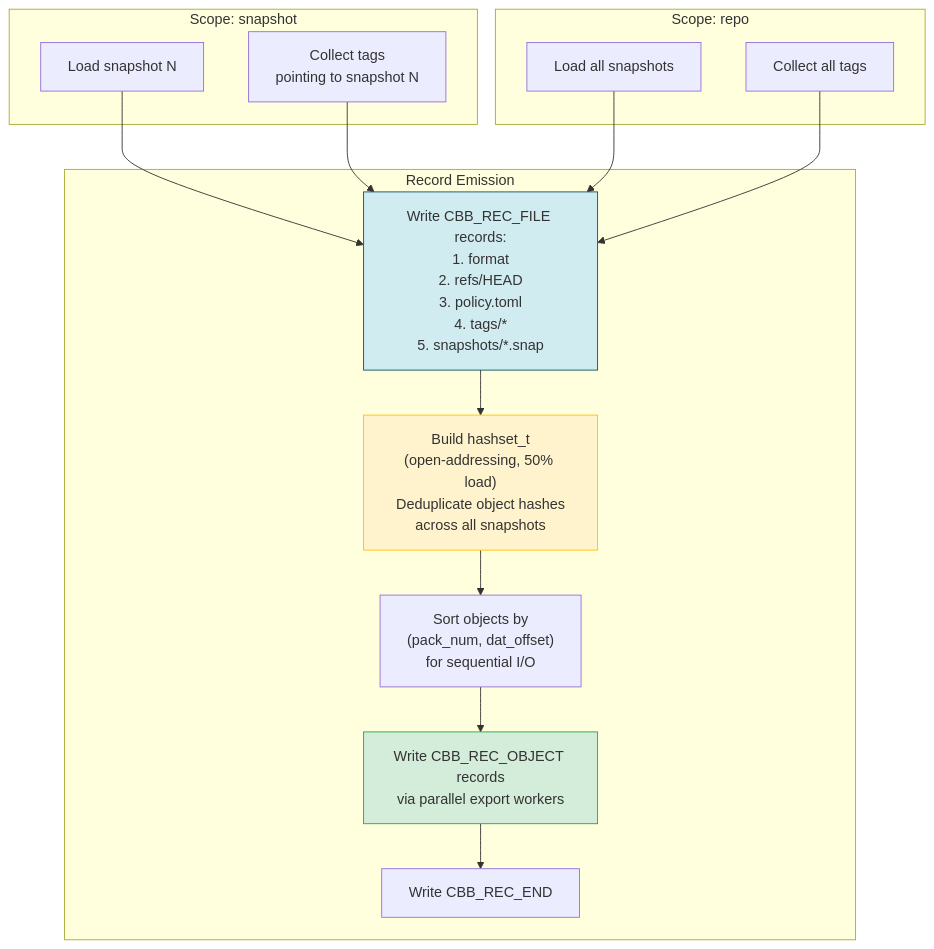
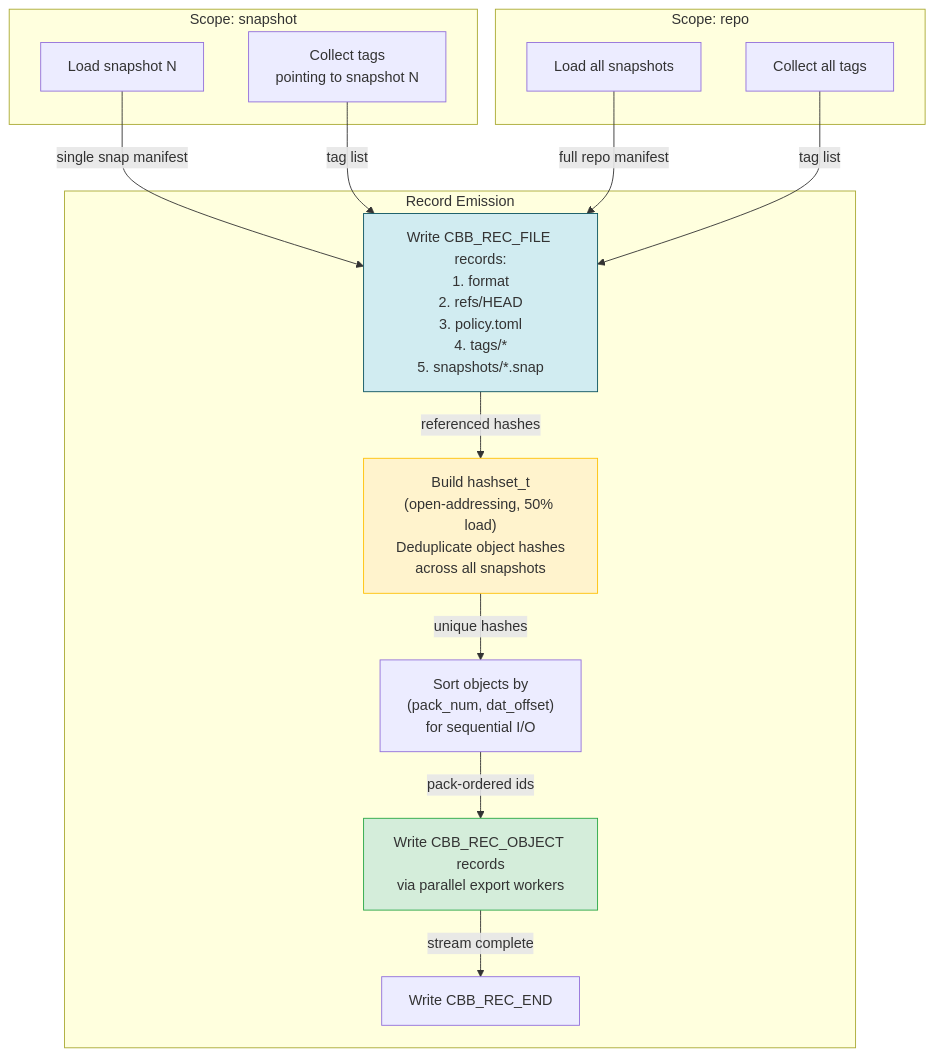
One commit to vifair22/c-backup changed the first of 2 diagrams in diagrams/11-bundle-export-import.md. Above: the diagram before and after it, drawn with Mermaid. The commit also changed other lines of this file and 11 other files, not shown here.

````diff
--- a/diagrams/11-bundle-export-import.md
+++ b/diagrams/11-bundle-export-import.md
@@ -7,30 +7,30 @@
 ```mermaid
 flowchart TD
     subgraph "Scope: snapshot"
         LOAD_SNAP["Load snapshot N"]
         COLLECT_TAGS["Collect tags<br/>pointing to snapshot N"]
     end
 
     subgraph "Scope: repo"
         LOAD_ALL["Load all snapshots"]
         COLLECT_ALL_TAGS["Collect all tags"]
     end
 
     subgraph "Record Emission"
         FILES["Write CBB_REC_FILE records:<br/>1. format<br/>2. refs/HEAD<br/>3. policy.toml<br/>4. tags/*<br/>5. snapshots/*.snap"]
         DEDUP["Build hashset_t<br/>(open-addressing, 50% load)<br/>Deduplicate object hashes<br/>across all snapshots"]
         SORT_OBJ["Sort objects by<br/>(pack_num, dat_offset)<br/>for sequential I/O"]
         OBJECTS["Write CBB_REC_OBJECT records<br/>via parallel export workers"]
         END_REC["Write CBB_REC_END"]
     end
 
-    LOAD_SNAP --> FILES
-    LOAD_ALL --> FILES
-    COLLECT_TAGS --> FILES
-    COLLECT_ALL_TAGS --> FILES
-    FILES --> DEDUP --> SORT_OBJ --> OBJECTS --> END_REC
+    LOAD_SNAP -->|single snap manifest| FILES
+    LOAD_ALL -->|full repo manifest| FILES
+    COLLECT_TAGS -->|tag list| FILES
+    COLLECT_ALL_TAGS -->|tag list| FILES
+    FILES -->|referenced hashes| DEDUP -->|unique hashes| SORT_OBJ -->|pack-ordered ids| OBJECTS -->|stream complete| END_REC
 
     style FILES fill:#d1ecf1,stroke:#0c5460
     style DEDUP fill:#fff3cd,stroke:#ffc107
     style OBJECTS fill:#d4edda,stroke:#28a745
 ```
````
